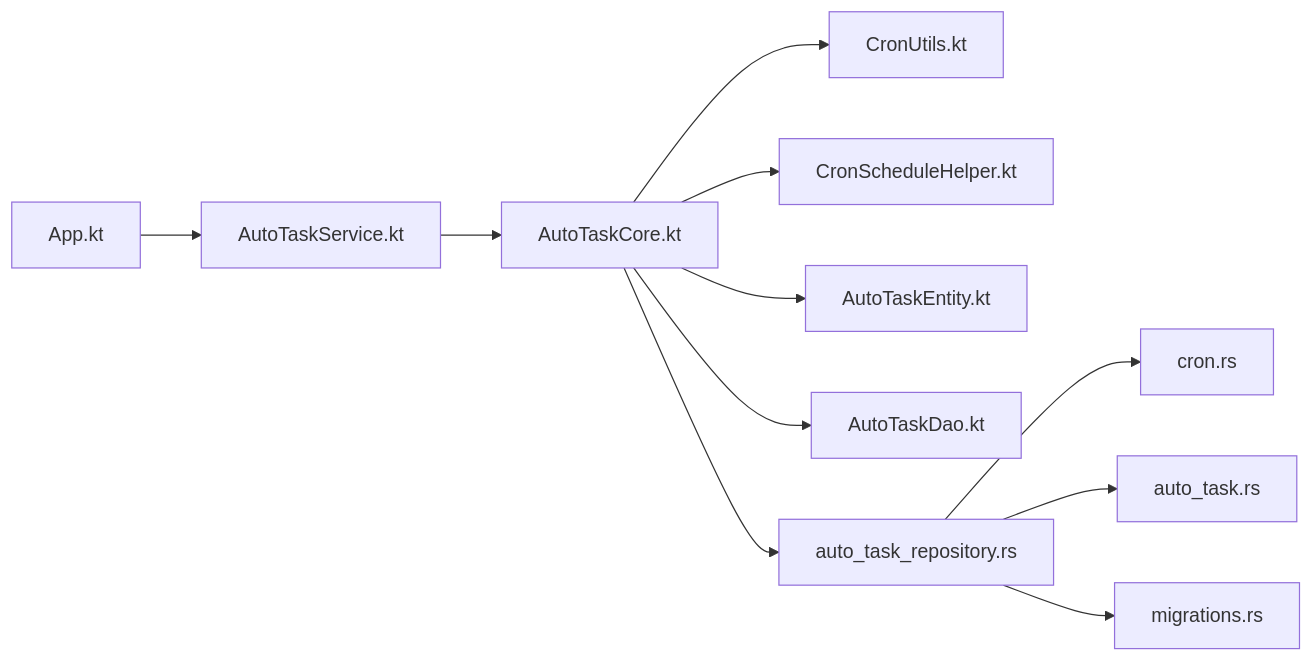
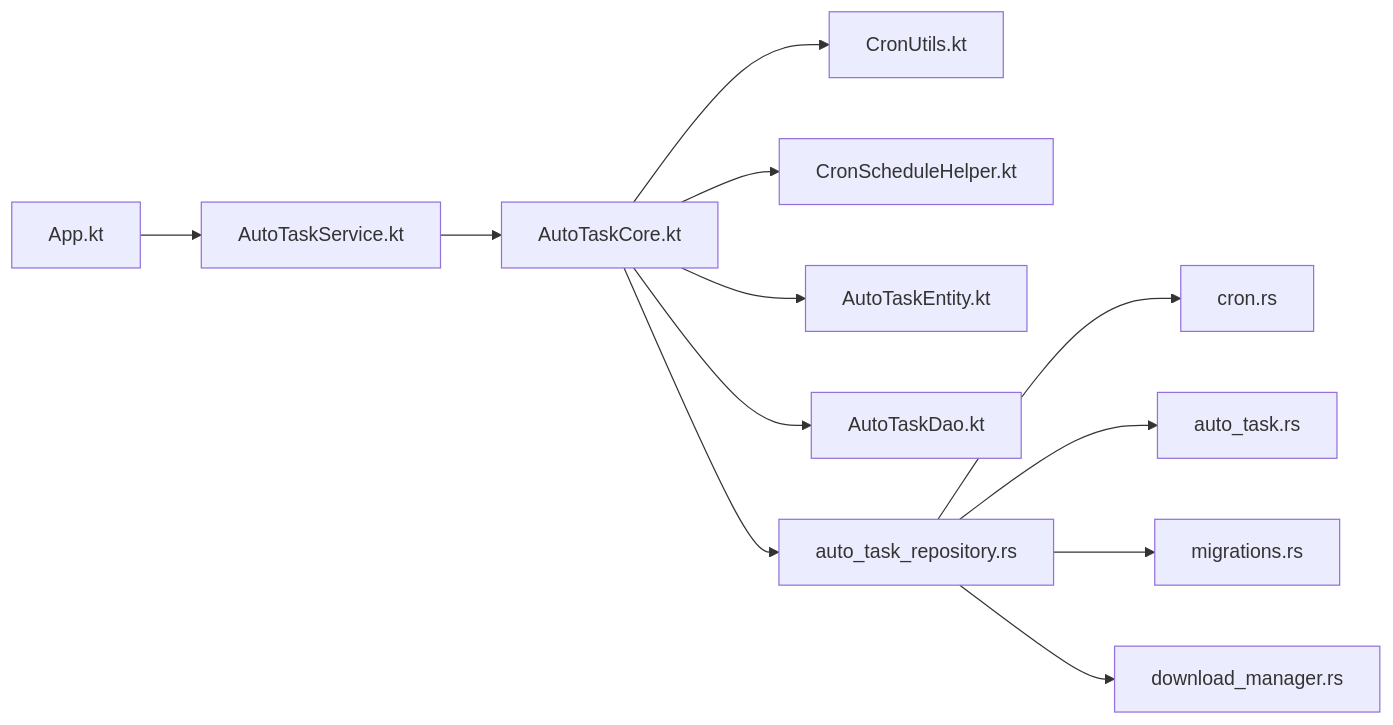
One commit to ZhangGHGitHub/LegadoTeamFlutter changed the eighth of 8 diagrams in .qoder/repowiki/zh/content/架构设计/分层架构设计/业务逻辑层/任务调度.md. Above: the diagram before and after it, drawn with Mermaid. The commit also changed other lines of this file and 66 other files, not shown here.

````diff
--- a/.qoder/repowiki/zh/content/架构设计/分层架构设计/业务逻辑层/任务调度.md
+++ b/.qoder/repowiki/zh/content/架构设计/分层架构设计/业务逻辑层/任务调度.md
@@ -298,13 +302,14 @@
 ```mermaid
 graph LR
 AppKt["App.kt"] --> ServiceKt["AutoTaskService.kt"]
 ServiceKt --> CoreKt["AutoTaskCore.kt"]
 CoreKt --> CronUtils["CronUtils.kt"]
 CoreKt --> CronHelper["CronScheduleHelper.kt"]
 CoreKt --> Entity["AutoTaskEntity.kt"]
 CoreKt --> Dao["AutoTaskDao.kt"]
 CoreKt --> RepoRS["auto_task_repository.rs"]
 RepoRS --> CronRS["cron.rs"]
 RepoRS --> AutoTaskRS["auto_task.rs"]
 RepoRS --> Migrate["migrations.rs"]
+RepoRS --> DownloadMgr["download_manager.rs"]
 ```
````
